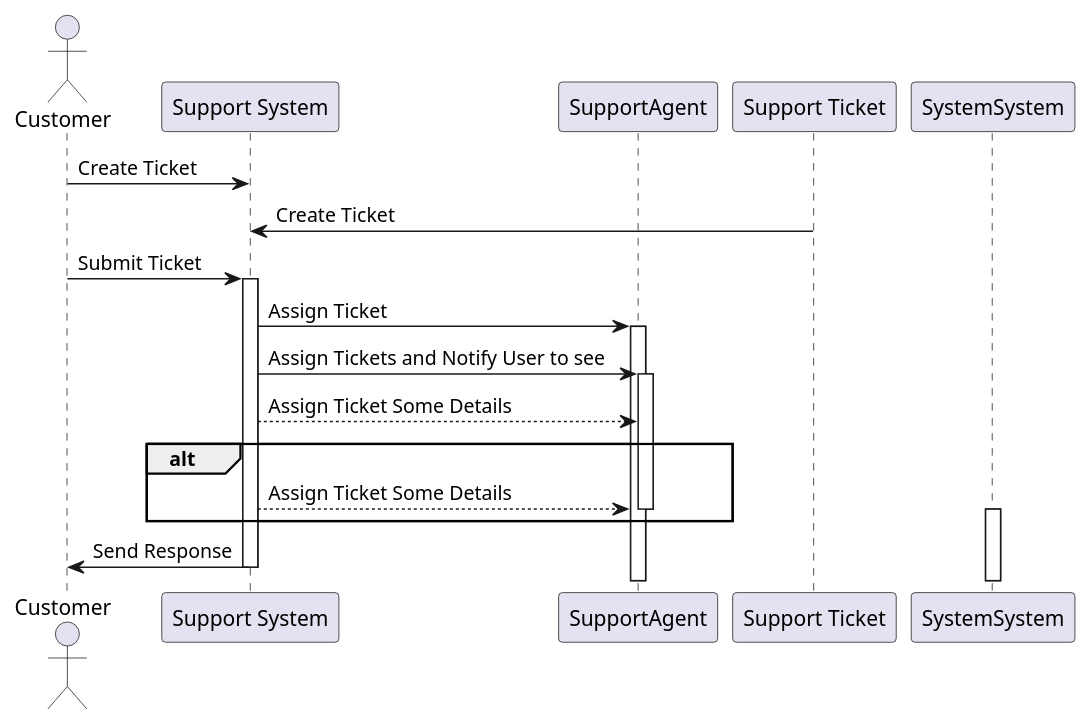
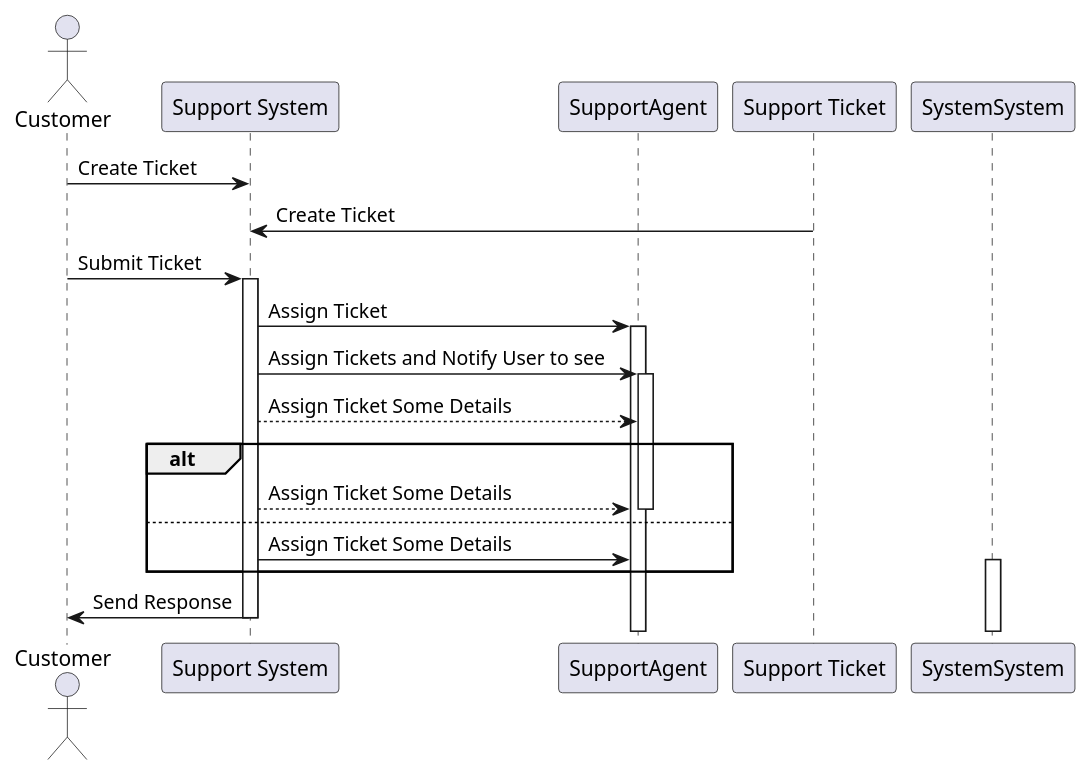
Before and after one commit to alladin7000/alladin7000.github.io: the diagram in diagrams/s.puml, drawn with PlantUML.

Commit message:
Connecting to GitHub...

```diff
--- a/diagrams/s.puml
+++ b/diagrams/s.puml
@@ -1,24 +1,26 @@
 @startuml
 actor Customer
 participant "Support System" as System
 participant "SupportAgent"
 participant "Support Ticket" as Ticket
 Customer -> System : Create Ticket
 Ticket -> System : Create Ticket
 Customer -> System : Submit Ticket
 activate System
 
 System -> SupportAgent : Assign Ticket
 activate SupportAgent
 
 System -> SupportAgent : Assign Tickets and Notify User to see 
 activate SupportAgent
 System --> SupportAgent : Assign Ticket Some Details
 alt
 System --> SupportAgent : Assign Ticket Some Details
 deactivate SupportAgent
+else
+System -> SupportAgent : Assign Ticket Some Details
 activate SystemSystem
 end
 System -> Customer : Send Response
 deactivate System
 @enduml
```
